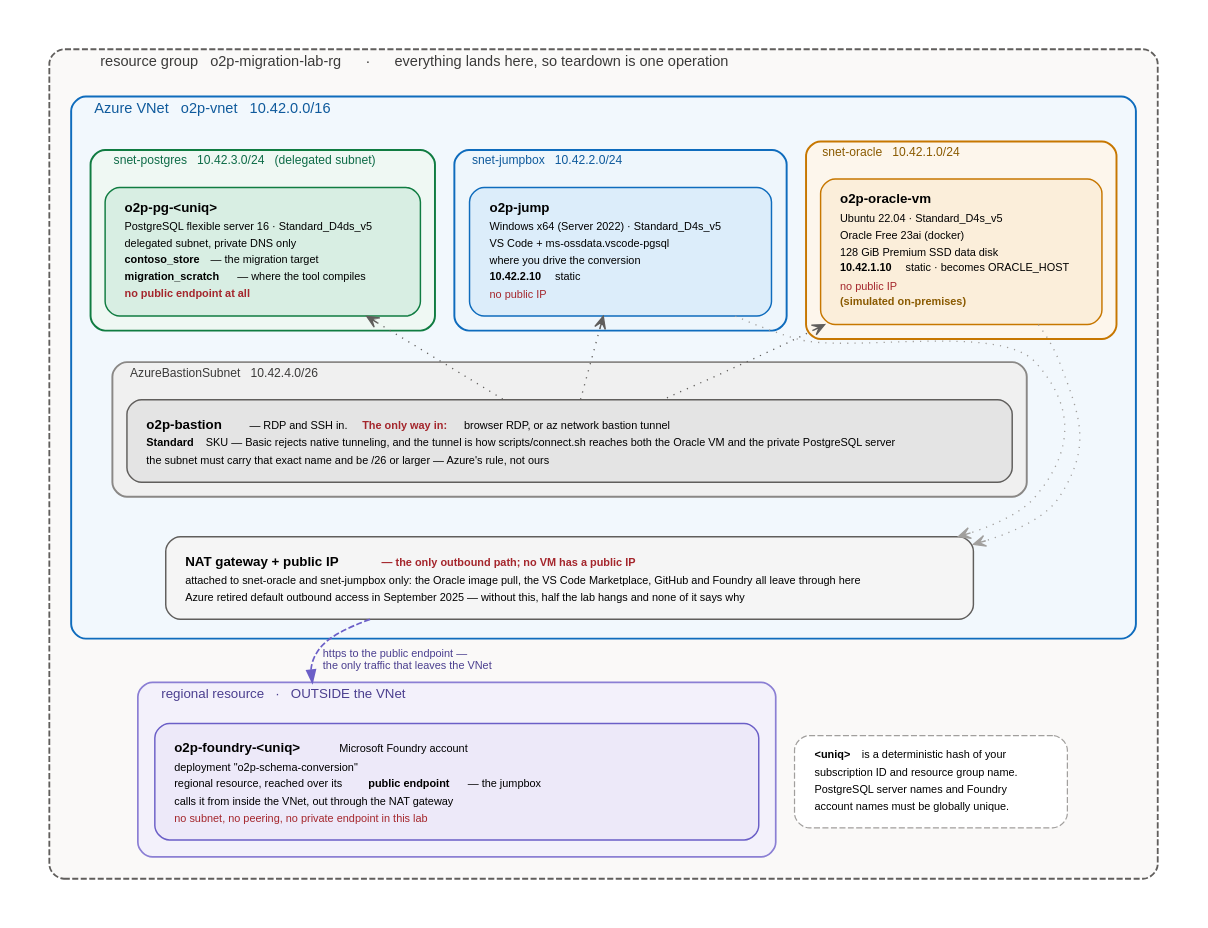
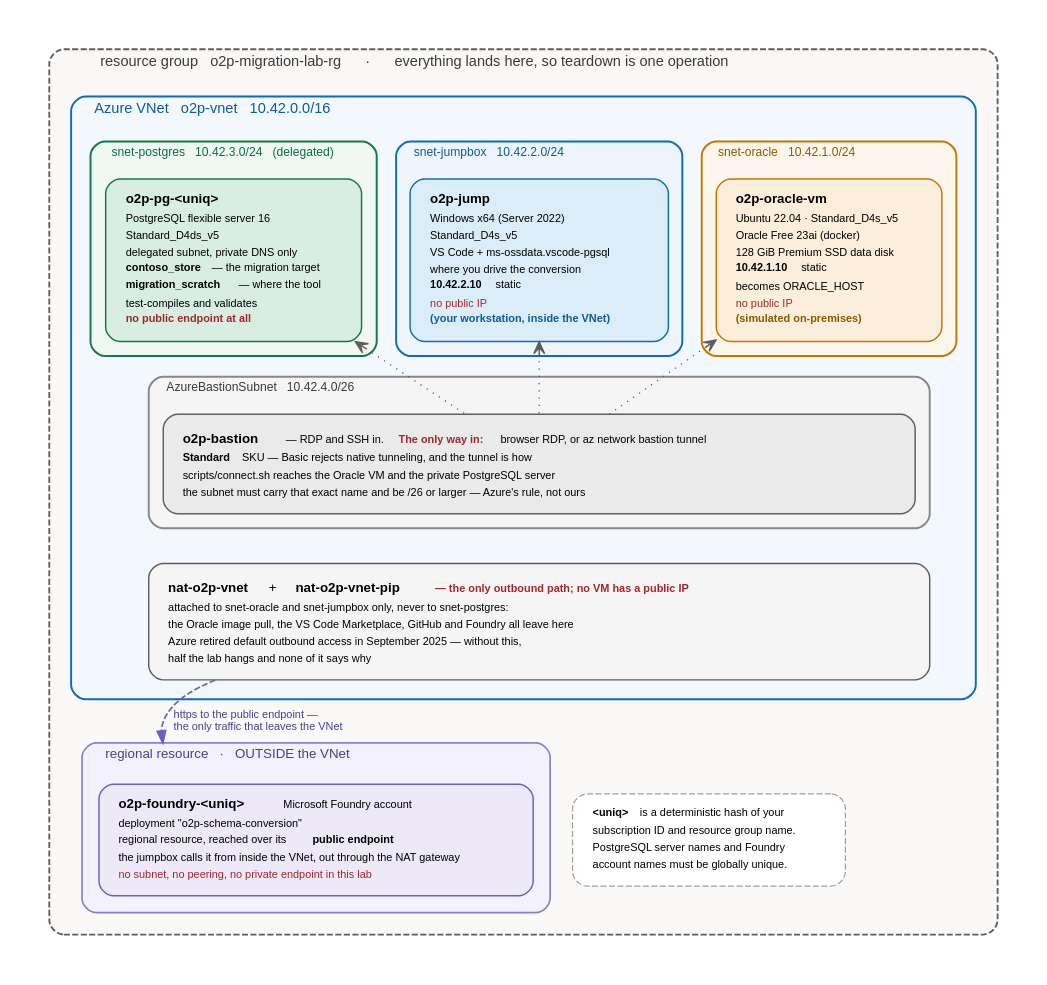
The diagram in docs/images/network-topology.dot (kloba/oracle-to-postgres-migration-lab), drawn with Graphviz before and after one commit. The commit also changed 6 other files, not shown here.

```diff
--- a/docs/images/network-topology.dot
+++ b/docs/images/network-topology.dot
@@ -17,13 +17,18 @@
 // prefix, static IP, VM size and database name here is a literal value from
 // infra/main.bicep, infra/main.bicepparam and .env.example, and a diagram that
 // drifts from those is worse than no diagram.
+//
+// Line lengths are deliberate. GitHub scales this into a ~900px documentation
+// column, so a 130-character line lands at about four pixels per character and
+// stops being readable. Nothing here runs past ~80 characters, which is also
+// what keeps the whole image narrow enough to survive that scaling.
 
 digraph o2p_network_topology {
   bgcolor    = "white";
   fontname   = "Helvetica";
   rankdir    = TB;
-  nodesep    = 0.40;
-  ranksep    = 0.60;
+  nodesep    = 0.45;
+  ranksep    = 0.55;
   compound   = true;
   pad        = 0.35;
 
@@ -72,7 +77,8 @@
             <tr><td align="left"><font point-size="9">Ubuntu 22.04 · Standard_D4s_v5</font></td></tr>
             <tr><td align="left"><font point-size="9">Oracle Free 23ai (docker)</font></td></tr>
             <tr><td align="left"><font point-size="9">128 GiB Premium SSD data disk</font></td></tr>
-            <tr><td align="left"><font point-size="9"><b>10.42.1.10</b> static · becomes ORACLE_HOST</font></td></tr>
+            <tr><td align="left"><font point-size="9"><b>10.42.1.10</b> static</font></td></tr>
+            <tr><td align="left"><font point-size="9">becomes ORACLE_HOST</font></td></tr>
             <tr><td align="left"><font point-size="9" color="#A4262C">no public IP</font></td></tr>
             <tr><td align="left"><font point-size="9" color="#8A5A00"><b>(simulated on-premises)</b></font></td></tr>
           </table>>];
@@ -92,17 +98,19 @@
         jumpbox [fillcolor="#DCEDFA" color="#0F6CBD" label=<
           <table border="0" cellborder="0" cellspacing="0">
             <tr><td align="left"><b>o2p-jump</b></td></tr>
-            <tr><td align="left"><font point-size="9">Windows x64 (Server 2022) · Standard_D4s_v5</font></td></tr>
+            <tr><td align="left"><font point-size="9">Windows x64 (Server 2022)</font></td></tr>
+            <tr><td align="left"><font point-size="9">Standard_D4s_v5</font></td></tr>
             <tr><td align="left"><font point-size="9">VS Code + ms-ossdata.vscode-pgsql</font></td></tr>
             <tr><td align="left"><font point-size="9">where you drive the conversion</font></td></tr>
             <tr><td align="left"><font point-size="9"><b>10.42.2.10</b> static</font></td></tr>
             <tr><td align="left"><font point-size="9" color="#A4262C">no public IP</font></td></tr>
+            <tr><td align="left"><font point-size="9" color="#0F5A9C"><b>(your workstation, inside the VNet)</b></font></td></tr>
           </table>>];
       }
 
       // -- target ------------------------------------------------------------
       subgraph cluster_snet_pg {
-        label     = "snet-postgres   10.42.3.0/24   (delegated subnet)";
+        label     = "snet-postgres   10.42.3.0/24   (delegated)";
         labeljust = "l";
         fontsize  = 10;
         fontcolor = "#0E6B47";
@@ -114,48 +122,53 @@
         postgres [fillcolor="#D8EEE3" color="#107C41" label=<
           <table border="0" cellborder="0" cellspacing="0">
             <tr><td align="left"><b>o2p-pg-&lt;uniq&gt;</b></td></tr>
-            <tr><td align="left"><font point-size="9">PostgreSQL flexible server 16 · Standard_D4ds_v5</font></td></tr>
+            <tr><td align="left"><font point-size="9">PostgreSQL flexible server 16</font></td></tr>
+            <tr><td align="left"><font point-size="9">Standard_D4ds_v5</font></td></tr>
             <tr><td align="left"><font point-size="9">delegated subnet, private DNS only</font></td></tr>
             <tr><td align="left"><font point-size="9"><b>contoso_store</b> — the migration target</font></td></tr>
-            <tr><td align="left"><font point-size="9"><b>migration_scratch</b> — where the tool compiles</font></td></tr>
+            <tr><td align="left"><font point-size="9"><b>migration_scratch</b> — where the tool</font></td></tr>
+            <tr><td align="left"><font point-size="9">test-compiles and validates</font></td></tr>
             <tr><td align="left"><font point-size="9" color="#A4262C"><b>no public endpoint at all</b></font></td></tr>
           </table>>];
       }
 
       // -- the only way in ---------------------------------------------------
+      // Both bands below span the full width of the subnet row above them, the
+      // way they do in the ASCII this replaces. The width comes from the
+      // <td width=...> spacer row rather than a node width attribute, because a
+      // node width centres the text and every line in here is left-aligned.
+      // Widths are in points at 72/inch; re-measure with
+      //   dot -Tplain network-topology.dot | awk '/^node/{print $2, $5}'
+      // after any text change, and match the span of the subnet row.
       subgraph cluster_snet_bastion {
         label     = "AzureBastionSubnet   10.42.4.0/26";
         labeljust = "l";
         fontsize  = 10;
         fontcolor = "#3B3A39";
         style     = "rounded,filled";
-        fillcolor = "#F0F0F0";
+        fillcolor = "#F5F5F5";
         color     = "#8A8886";
         margin    = 12;
 
-        bastion [fillcolor="#E4E4E4" color="#605E5C" label=<
+        bastion [fillcolor="#EAEAEA" color="#605E5C" label=<
           <table border="0" cellborder="0" cellspacing="0">
-            <tr><td width="620" height="1"></td></tr>
+            <tr><td width="592" height="1"></td></tr>
             <tr><td align="left"><b>o2p-bastion</b>   <font point-size="9">— RDP and SSH in.  </font><font point-size="9" color="#A4262C"><b>The only way in:</b></font><font point-size="9"> browser RDP, or az network bastion tunnel</font></td></tr>
-            <tr><td align="left"><font point-size="9"><b>Standard</b> SKU — Basic rejects native tunneling, and the tunnel is how scripts/connect.sh reaches both the Oracle VM and the private PostgreSQL server</font></td></tr>
+            <tr><td align="left"><font point-size="9"><b>Standard</b> SKU — Basic rejects native tunneling, and the tunnel is how</font></td></tr>
+            <tr><td align="left"><font point-size="9">scripts/connect.sh reaches the Oracle VM and the private PostgreSQL server</font></td></tr>
             <tr><td align="left"><font point-size="9">the subnet must carry that exact name and be /26 or larger — Azure's rule, not ours</font></td></tr>
           </table>>];
       }
 
       // -- the only way out --------------------------------------------------
-      // pgspacer is a zero-size invisible peer for the PostgreSQL column. The
-      // flexible server has no NAT attachment - it is PaaS and needs no egress
-      // - but without some downward edge of its own, dot drags snet-postgres
-      // into the middle of the row and the three subnets stop reading in
-      // address order. It draws nothing.
-      pgspacer [style=invis label="" width=0.02 height=0.02 margin=0];
-
       nat [fillcolor="#F5F5F5" color="#605E5C" label=<
         <table border="0" cellborder="0" cellspacing="0">
-          <tr><td width="620" height="1"></td></tr>
-          <tr><td align="left"><b>NAT gateway + public IP</b>   <font point-size="9" color="#A4262C"><b>— the only outbound path; no VM has a public IP</b></font></td></tr>
-          <tr><td align="left"><font point-size="9">attached to snet-oracle and snet-jumpbox only: the Oracle image pull, the VS Code Marketplace, GitHub and Foundry all leave through here</font></td></tr>
-          <tr><td align="left"><font point-size="9">Azure retired default outbound access in September 2025 — without this, half the lab hangs and none of it says why</font></td></tr>
+          <tr><td width="616" height="1"></td></tr>
+          <tr><td align="left"><b>nat-o2p-vnet</b>  +  <b>nat-o2p-vnet-pip</b>   <font point-size="9" color="#A4262C"><b>— the only outbound path; no VM has a public IP</b></font></td></tr>
+          <tr><td align="left"><font point-size="9">attached to snet-oracle and snet-jumpbox only, never to snet-postgres:</font></td></tr>
+          <tr><td align="left"><font point-size="9">the Oracle image pull, the VS Code Marketplace, GitHub and Foundry all leave here</font></td></tr>
+          <tr><td align="left"><font point-size="9">Azure retired default outbound access in September 2025 — without this,</font></td></tr>
+          <tr><td align="left"><font point-size="9">half the lab hangs and none of it says why</font></td></tr>
         </table>>];
     }
 
@@ -173,11 +186,10 @@
 
       foundry [fillcolor="#EDE9F9" color="#6B5FC7" label=<
         <table border="0" cellborder="0" cellspacing="0">
-          <tr><td width="470" height="1"></td></tr>
           <tr><td align="left"><b>o2p-foundry-&lt;uniq&gt;</b>   <font point-size="9">Microsoft Foundry account</font></td></tr>
           <tr><td align="left"><font point-size="9">deployment "o2p-schema-conversion"</font></td></tr>
-          <tr><td align="left"><font point-size="9">regional resource, reached over its <b>public endpoint</b> — the jumpbox</font></td></tr>
-          <tr><td align="left"><font point-size="9">calls it from inside the VNet, out through the NAT gateway</font></td></tr>
+          <tr><td align="left"><font point-size="9">regional resource, reached over its <b>public endpoint</b></font></td></tr>
+          <tr><td align="left"><font point-size="9">the jumpbox calls it from inside the VNet, out through the NAT gateway</font></td></tr>
           <tr><td align="left"><font point-size="9" color="#A4262C">no subnet, no peering, no private endpoint in this lab</font></td></tr>
         </table>>];
     }
@@ -200,13 +212,18 @@
   jumpbox  -> bastion [dir=back arrowtail=vee style=dotted color="#605E5C"];
   postgres -> bastion [dir=back arrowtail=vee style=dotted color="#605E5C"];
 
-  oraclevm -> nat [style=dotted arrowhead=vee color="#A19F9D"];
-  jumpbox  -> nat [style=dotted arrowhead=vee color="#A19F9D"];
+  // Egress is stated in words inside the NAT band, not drawn as edges. Both
+  // bands are full width, so an oraclevm -> nat edge has to bow all the way
+  // around the Bastion cluster; the two of them together closed into a large
+  // stray ellipse across the middle of the picture that read as a rendering
+  // fault. "attached to snet-oracle and snet-jumpbox only, never to
+  // snet-postgres" is more precise than two arrows anyway - it names the subnet
+  // that is deliberately left off.
 
-  // The way in sits above the way out, as it does in the prose. pgspacer keeps
-  // the subnet row in address order; see its declaration above.
-  bastion  -> nat      [style=invis weight=5];
-  postgres -> pgspacer [style=invis];
+  // The way in sits above the way out, as it does in the prose. With one edge
+  // each and no others, the three subnets keep declaration order left to right,
+  // which is address order.
+  bastion -> nat [style=invis weight=5];
 
   // The legend rides down to the bottom row beside Foundry rather than floating
   // up into rank 0, which is where an unconnected node would land.
```
